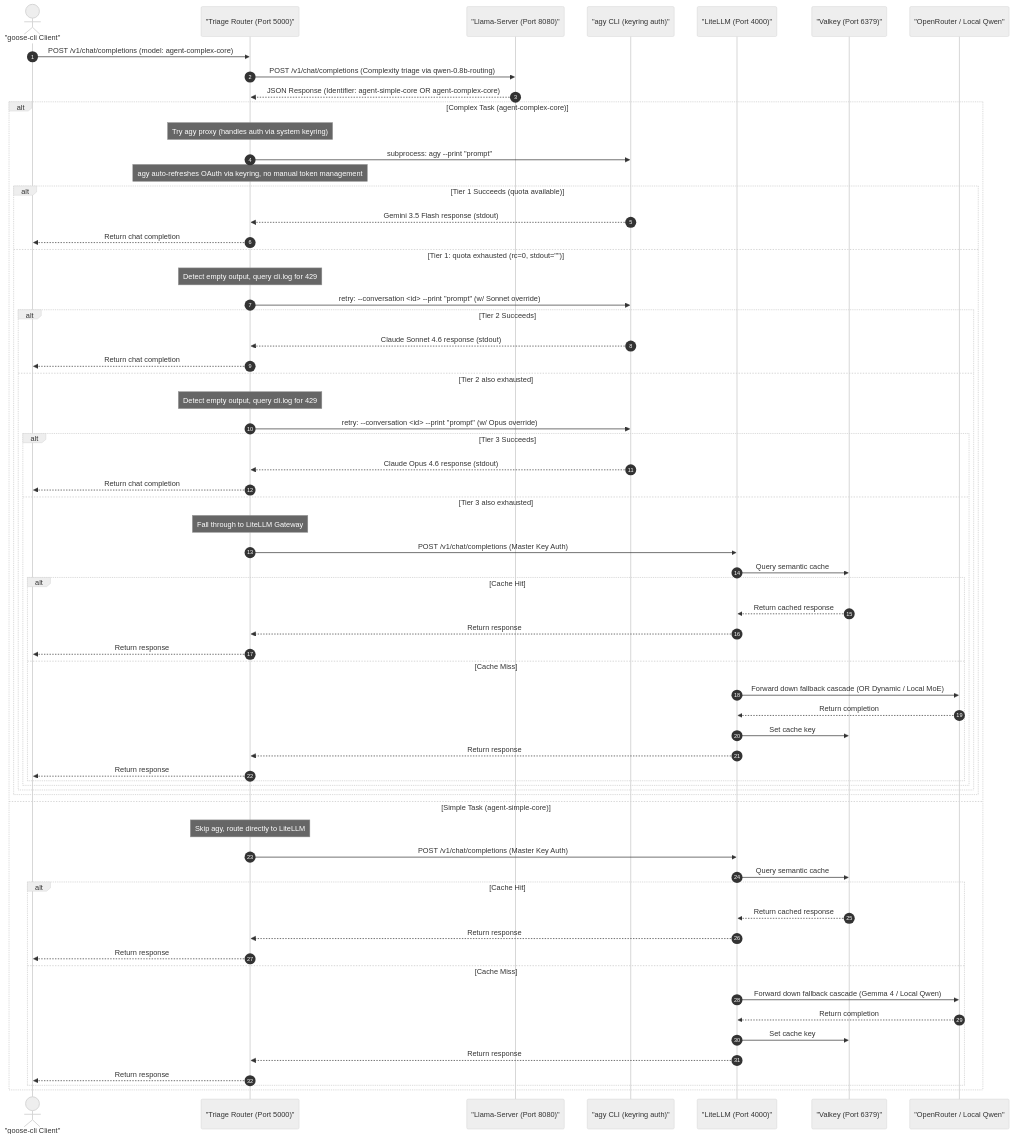
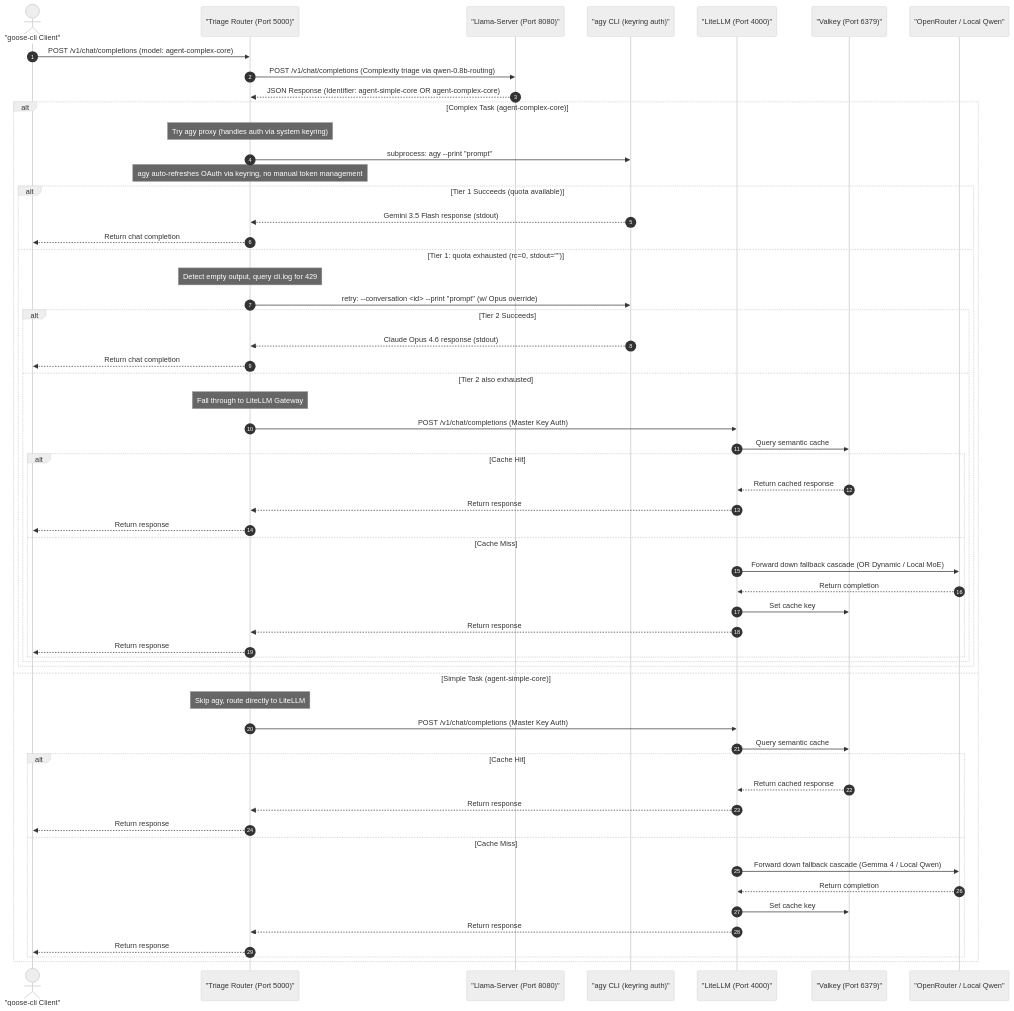
The second of 2 diagrams in README.md (sheepdestroyer/LLM-Routing), drawn with Mermaid (neutral theme) before and after one commit. The commit also changed other lines of this file and 9 other files, not shown here.

First line of the commit message:
fix: LiteLLM fallback, prompt-length triage bypass, llama slot, dashboard

````diff
--- a/README.md
+++ b/README.md
@@ -67,70 +64,63 @@
 ```mermaid
 sequenceDiagram
     autonumber
     actor Client as "goose-cli Client"
     participant Router as "Triage Router (Port 5000)"
     participant Llama as "Llama-Server (Port 8080)"
     participant Agy as "agy CLI (keyring auth)"
     participant Proxy as "LiteLLM (Port 4000)"
     participant Cache as "Valkey (Port 6379)"
     participant Provider as "OpenRouter / Local Qwen"
 
     Client->>Router: POST /v1/chat/completions (model: agent-complex-core)
     Router->>Llama: POST /v1/chat/completions (Complexity triage via qwen-0.8b-routing)
     Llama-->>Router: JSON Response (Identifier: agent-simple-core OR agent-complex-core)
     
     alt Complex Task (agent-complex-core)
         Note over Router: Try agy proxy (handles auth via system keyring)
         Router->>Agy: subprocess: agy --print "prompt"
         Note over Router: agy auto-refreshes OAuth via keyring, no manual token management
         
         alt Tier 1 Succeeds (quota available)
             Agy-->>Router: Gemini 3.5 Flash response (stdout)
             Router-->>Client: Return chat completion
         else Tier 1: quota exhausted (rc=0, stdout="")
             Note over Router: Detect empty output, query cli.log for 429
-            Router->>Agy: retry: --conversation <id> --print "prompt" (w/ Sonnet override)
+            Router->>Agy: retry: --conversation <id> --print "prompt" (w/ Opus override)
             alt Tier 2 Succeeds
-                Agy-->>Router: Claude Sonnet 4.6 response (stdout)
+                Agy-->>Router: Claude Opus 4.6 response (stdout)
                 Router-->>Client: Return chat completion
             else Tier 2 also exhausted
-                Note over Router: Detect empty output, query cli.log for 429
-                Router->>Agy: retry: --conversation <id> --print "prompt" (w/ Opus override)
-                alt Tier 3 Succeeds
-                    Agy-->>Router: Claude Opus 4.6 response (stdout)
-                    Router-->>Client: Return chat completion
-                else Tier 3 also exhausted
-                    Note over Router: Fall through to LiteLLM Gateway
-                    Router->>Proxy: POST /v1/chat/completions (Master Key Auth)
-                    Proxy->>Cache: Query semantic cache
-                    alt Cache Hit
-                        Cache-->>Proxy: Return cached response
-                        Proxy-->>Router: Return response
-                        Router-->>Client: Return response
-                    else Cache Miss
-                        Proxy->>Provider: Forward down fallback cascade (OR Dynamic / Local MoE)
-                        Provider-->>Proxy: Return completion
-                        Proxy->>Cache: Set cache key
-                        Proxy-->>Router: Return response
-                        Router-->>Client: Return response
-                    end
+                Note over Router: Fall through to LiteLLM Gateway
+                Router->>Proxy: POST /v1/chat/completions (Master Key Auth)
+                Proxy->>Cache: Query semantic cache
+                alt Cache Hit
+                    Cache-->>Proxy: Return cached response
+                    Proxy-->>Router: Return response
+                    Router-->>Client: Return response
+                else Cache Miss
+                    Proxy->>Provider: Forward down fallback cascade (OR Dynamic / Local MoE)
+                    Provider-->>Proxy: Return completion
+                    Proxy->>Cache: Set cache key
+                    Proxy-->>Router: Return response
+                    Router-->>Client: Return response
                 end
             end
         end
     else Simple Task (agent-simple-core)
         Note over Router: Skip agy, route directly to LiteLLM
         Router->>Proxy: POST /v1/chat/completions (Master Key Auth)
         Proxy->>Cache: Query semantic cache
         alt Cache Hit
             Cache-->>Proxy: Return cached response
             Proxy-->>Router: Return response
             Router-->>Client: Return response
         else Cache Miss
             Proxy->>Provider: Forward down fallback cascade (Gemma 4 / Local Qwen)
             Provider-->>Proxy: Return completion
             Proxy->>Cache: Set cache key
             Proxy-->>Router: Return response
             Router-->>Client: Return response
         end
     end
 ```
````
